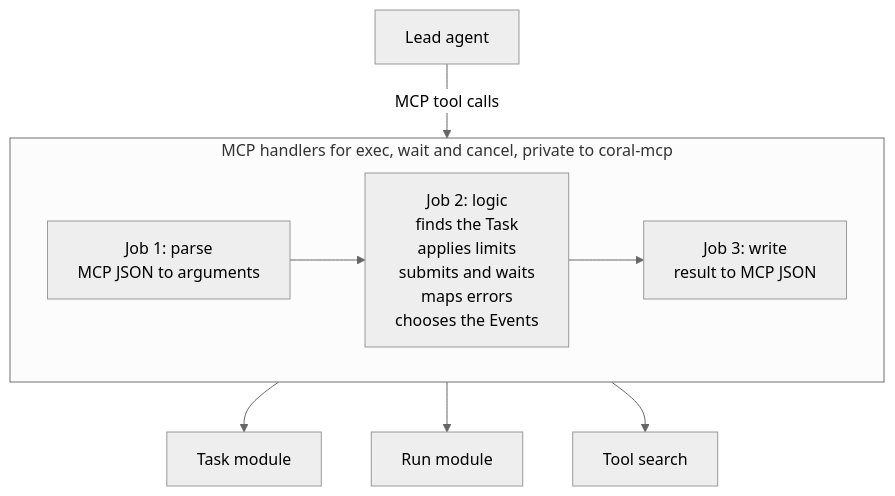
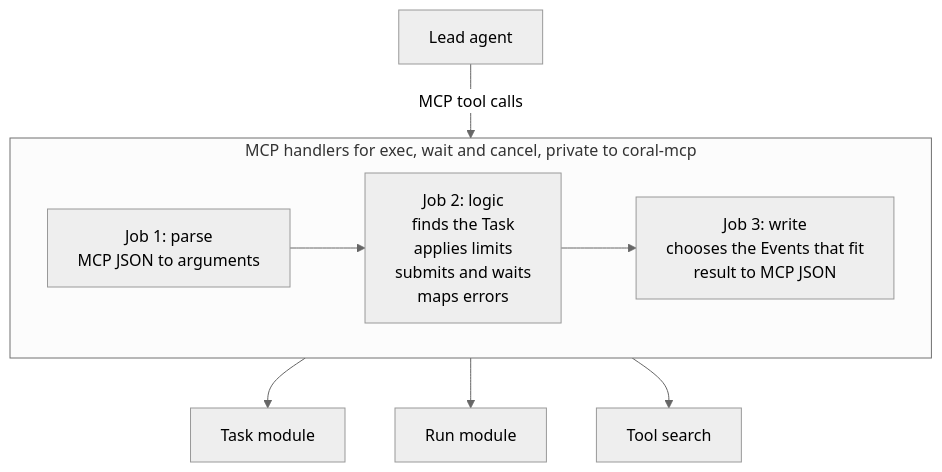
The third of 5 diagrams in docs/adr/0039-an-enterprise-sub-agent.md (withcoral/coral), drawn with Mermaid (neutral theme) before and after one commit. The commit also changed other lines of this file, not shown here.

````diff
--- a/docs/adr/0039-an-enterprise-sub-agent.md
+++ b/docs/adr/0039-an-enterprise-sub-agent.md
@@ -126,15 +126,15 @@
 ```mermaid
 flowchart TD
     lead["Lead agent"]
     subgraph handlers["MCP handlers for exec, wait and cancel, private to coral-mcp"]
         direction LR
         parse["Job 1: parse<br/>MCP JSON to arguments"]
-        logic["Job 2: logic<br/>finds the Task<br/>applies limits<br/>submits and waits<br/>maps errors<br/>chooses the Events"]
-        write["Job 3: write<br/>result to MCP JSON"]
+        logic["Job 2: logic<br/>finds the Task<br/>applies limits<br/>submits and waits<br/>maps errors"]
+        write["Job 3: write<br/>chooses the Events that fit<br/>result to MCP JSON"]
         parse --> logic --> write
     end
     lead -- MCP tool calls --> handlers
     handlers --> task["Task module"]
     handlers --> run["Run module"]
     handlers --> search["Tool search"]
 ```
````
